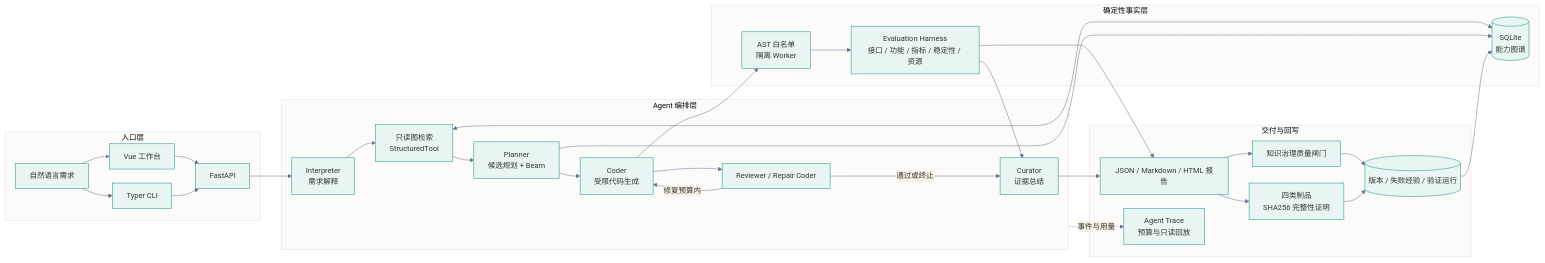
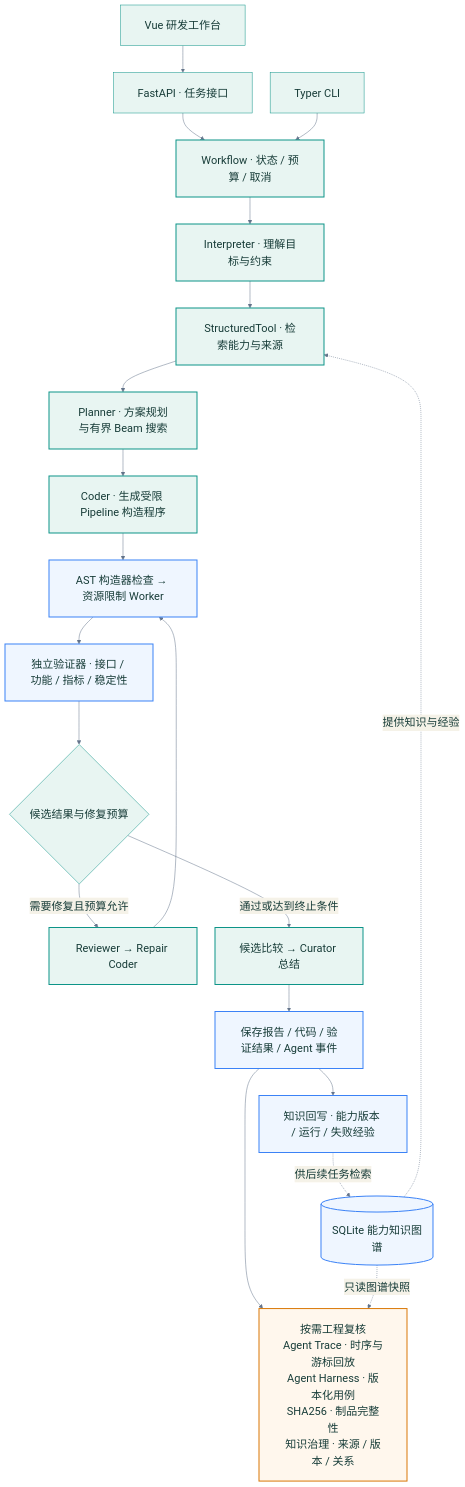
Before and after one commit to dengdeng55525/axiomforge: the first of 2 diagrams in README.md, drawn with Mermaid. The commit also changed other lines of this file and 23 other files, not shown here.

````diff
--- a/README.md
+++ b/README.md
@@ -215,56 +173,32 @@
 ```mermaid
-%%{init: {"theme": "base", "themeVariables": {"fontSize": "15px", "primaryColor": "#e8f5f2", "primaryBorderColor": "#0d9488", "lineColor": "#64748b"}, "flowchart": {"nodeSpacing": 28, "rankSpacing": 42, "padding": 14}}}%%
-flowchart LR
-    subgraph INPUT[入口层]
-      U[自然语言需求]
-      W[Vue 工作台]
-      C[Typer CLI]
-      A[FastAPI]
-      U --> W
-      U --> C
-      W --> A
-      C --> A
-    end
+%%{init: {"theme": "base", "themeVariables": {"fontSize": "22px", "primaryColor": "#e8f5f2", "primaryBorderColor": "#0d9488", "primaryTextColor": "#173c38", "lineColor": "#64748b", "clusterBkg": "#f8fafc", "clusterBorder": "#cbd5e1"}, "flowchart": {"nodeSpacing": 36, "rankSpacing": 54, "padding": 24, "curve": "basis"}}}%%
+flowchart TD
+    WEB[Vue 研发工作台] --> API[FastAPI · 任务接口]
+    API --> WF[Workflow · 状态 / 预算 / 取消]
+    CLI[Typer CLI] --> WF
 
-    subgraph ORCH[Agent 编排层]
-      I[Interpreter<br/>需求解释]
-      R[只读图检索<br/>StructuredTool]
-      P[Planner<br/>候选规划 + Beam]
-      G[Coder<br/>受限代码生成]
-      V[Reviewer / Repair Coder]
-      K[Curator<br/>证据总结]
-      I --> R --> P --> G
-      G --> V
-      V -->|修复预算内| G
-      V -->|通过或终止| K
-    end
+    WF --> I[Interpreter · 理解目标与约束]
+    I --> R[StructuredTool · 检索能力与来源]
+    KG[(SQLite 能力知识图谱)] -.提供知识与经验.-> R
+    R --> P[Planner · 方案规划与有界 Beam 搜索]
+    P --> C[Coder · 生成受限 Pipeline 构造程序]
+    C --> X[AST 构造器检查 → 资源限制 Worker]
+    X --> V[独立验证器 · 接口 / 功能 / 指标 / 稳定性]
+    V --> D{候选结果与修复预算}
+    D -->|需要修复且预算允许| FIX[Reviewer → Repair Coder]
+    FIX --> X
+    D -->|通过或达到终止条件| COMP[候选比较 → Curator 总结]
+    COMP --> SAVE[保存报告 / 代码 / 验证结果 / Agent 事件]
+    SAVE --> WRITE[知识回写 · 能力版本 / 运行 / 失败经验]
+    WRITE -.供后续任务检索.-> KG
 
-    subgraph FACTS[确定性事实层]
-      KG[(SQLite<br/>能力图谱)]
-      X[AST 白名单<br/>隔离 Worker]
-      H[Evaluation Harness<br/>接口 / 功能 / 指标 / 稳定性 / 资源]
-      X --> H
-      H --> K
-    end
+    SAVE --> READ[按需工程复核<br/>Agent Trace · 时序与游标回放<br/>Agent Harness · 版本化用例<br/>SHA256 · 制品完整性<br/>知识治理 · 来源 / 版本 / 关系]
+    KG -.只读图谱快照.-> READ
 
-    subgraph DELIVERY[交付与回写]
-      REP[JSON / Markdown / HTML 报告]
-      OBS[Agent Trace<br/>预算与只读回放]
-      PROOF[四类制品<br/>SHA256 完整性证明]
-      Q[知识治理质量闸门]
-      OUT[(版本 / 失败经验 / 验证运行)]
-    end
-
-    A --> I
-    R <--> KG
-    P --> KG
-    G --> X
-    H --> REP
-    K --> REP
-    ORCH -.事件与用量.-> OBS
-    REP --> PROOF
-    REP --> Q
-    Q --> OUT
-    PROOF --> OUT
-    OUT --> KG
+    classDef runtime fill:#e8f5f2,stroke:#0d9488,stroke-width:2px
+    classDef facts fill:#eff6ff,stroke:#3b82f6,stroke-width:2px
+    classDef audit fill:#fff7ed,stroke:#d97706,stroke-width:2px
+    class WF,I,R,P,C,FIX,COMP runtime
+    class X,V,SAVE,WRITE,KG facts
+    class READ audit
 ```
````
